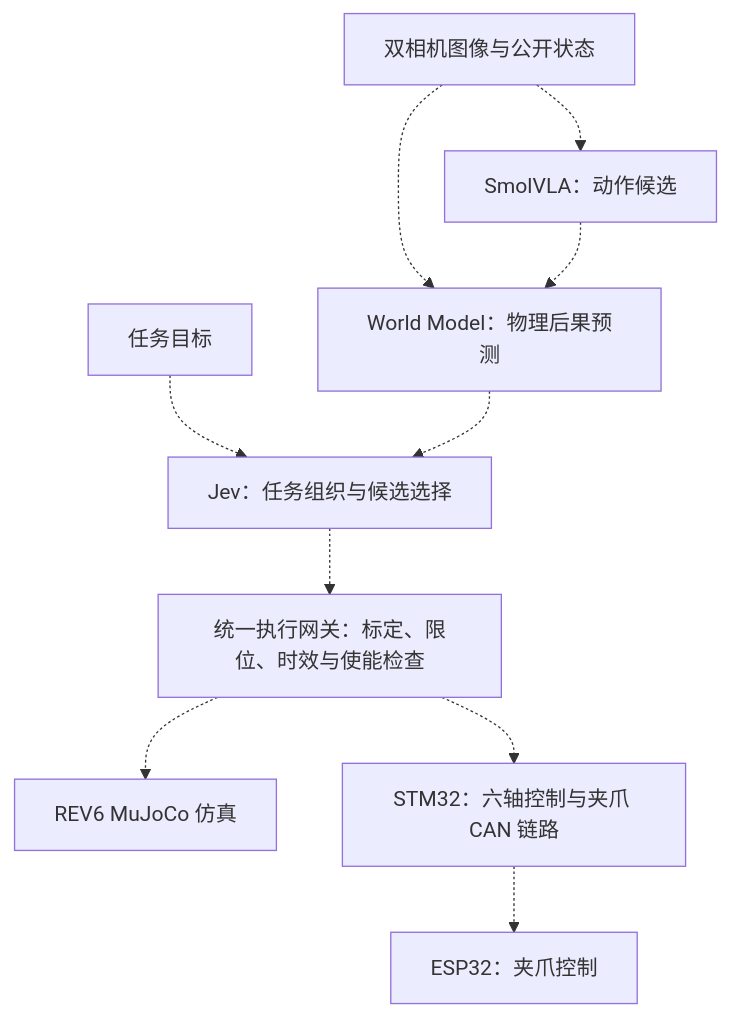
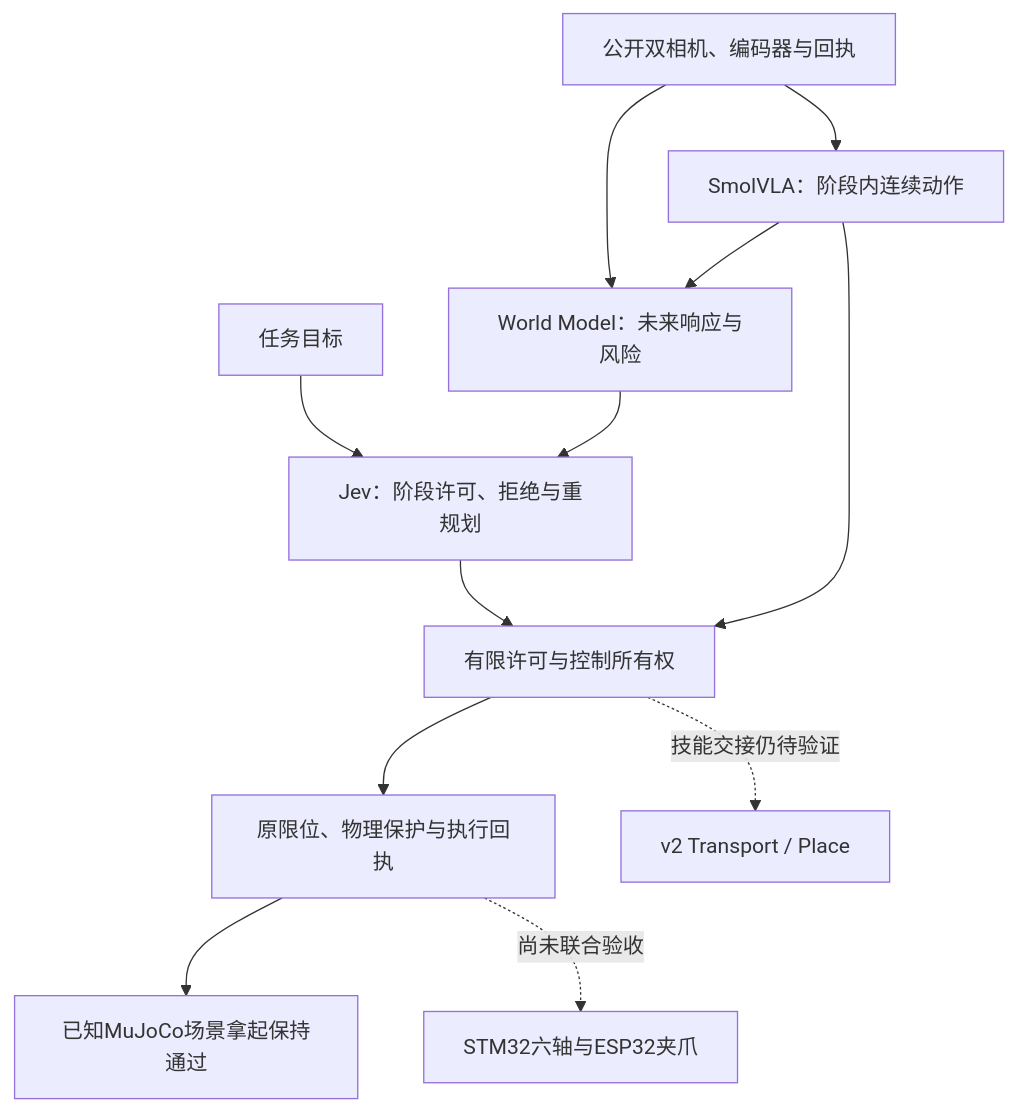
Before and after one commit to luolisen/twist001: the diagram in README.md, drawn with Mermaid. The commit also changed other lines of this file and 100 other files, not shown here.

````diff
--- a/README.md
+++ b/README.md
@@ -24,12 +26,14 @@
 ```mermaid
 flowchart TD
-    Task[任务目标] -.-> Jev[Jev：任务组织与候选选择]
-    Obs[双相机图像与公开状态] -.-> VLA[SmolVLA：动作候选]
-    Obs -.-> WM[World Model：物理后果预测]
-    VLA -.-> WM
-    WM -.-> Jev
-    Jev -.-> Gate[统一执行网关：标定、限位、时效与使能检查]
-    Gate -.-> Sim[REV6 MuJoCo 仿真]
-    Gate -.-> STM[STM32：六轴控制与夹爪 CAN 链路]
-    STM -.-> ESP[ESP32：夹爪控制]
+    Task[任务目标] --> Jev[Jev：阶段许可、拒绝与重规划]
+    Obs[公开双相机、编码器与回执] --> VLA[SmolVLA：阶段内连续动作]
+    Obs --> WM[World Model：未来响应与风险]
+    VLA --> WM
+    WM --> Jev
+    Jev --> Gate[有限许可与控制所有权]
+    VLA --> Gate
+    Gate --> Protect[原限位、物理保护与执行回执]
+    Protect --> Sim[已知MuJoCo场景拿起保持通过]
+    Gate -. 技能交接仍待验证 .-> Skills[v2 Transport / Place]
+    Protect -. 尚未联合验收 .-> STM[STM32六轴与ESP32夹爪]
 ```
````
